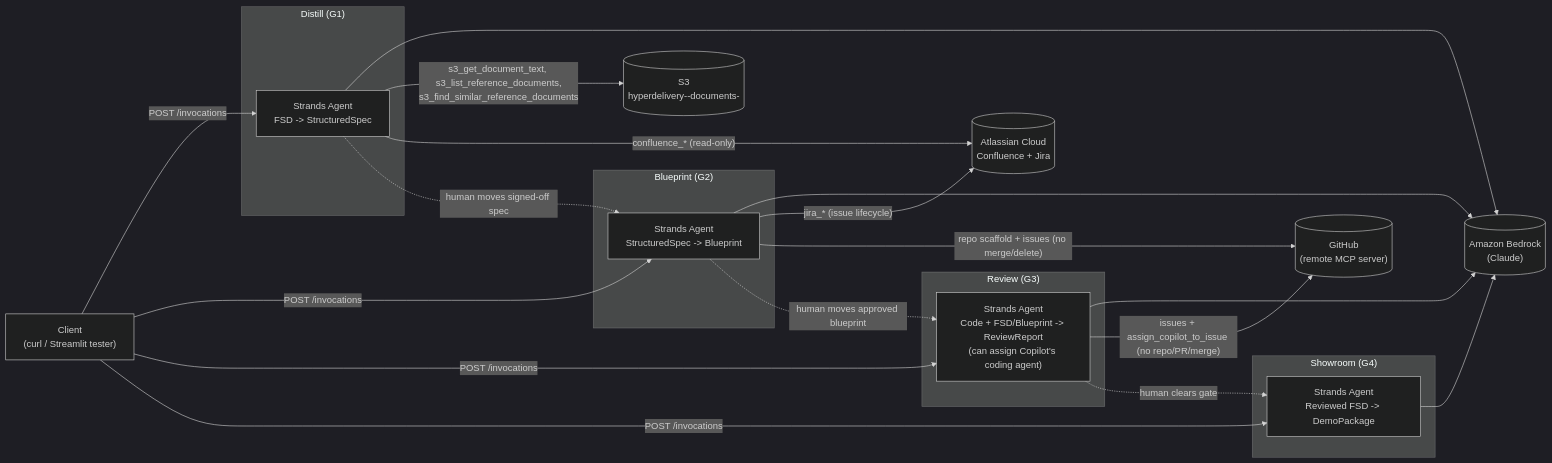
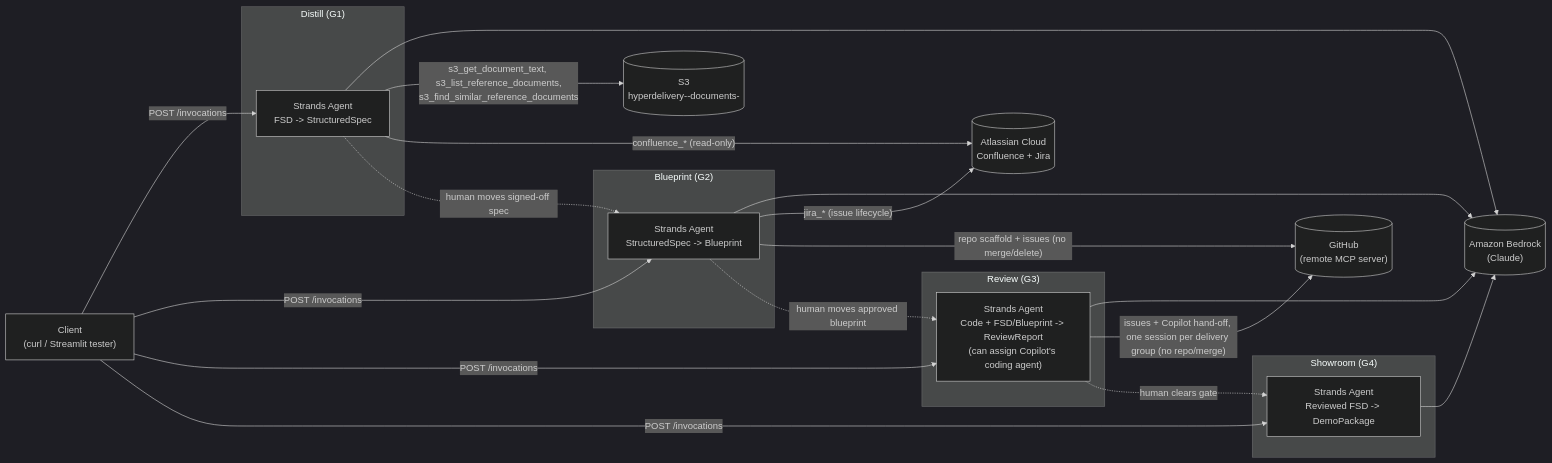
Before and after one commit to eitanflor/ua-hyperdelivery: the first of 3 diagrams in docs/architecture.md, drawn with Mermaid (dark theme). The commit also changed other lines of this file and 75 other files, not shown here.

First line of the commit message:
flow changes(plan, question card and artifact ux improvements)and Close the loop (#14)

````diff
--- a/docs/architecture.md
+++ b/docs/architecture.md
@@ -11,42 +11,42 @@
 ```mermaid
 flowchart LR
     client["Client\n(curl / Streamlit tester)"]
 
     subgraph G1["Distill (G1)"]
         distill["Strands Agent\nFSD -> StructuredSpec"]
     end
     subgraph G2["Blueprint (G2)"]
         blueprint["Strands Agent\nStructuredSpec -> Blueprint"]
     end
     subgraph G3["Review (G3)"]
         review["Strands Agent\nCode + FSD/Blueprint -> ReviewReport\n(can assign Copilot's coding agent)"]
     end
     subgraph G4["Showroom (G4)"]
         showroom["Strands Agent\nReviewed FSD -> DemoPackage"]
     end
 
     bedrock[("Amazon Bedrock\n(Claude)")]
     s3[("S3\nhyperdelivery-<env>-documents-<account>")]
     atlassian[("Atlassian Cloud\nConfluence + Jira")]
     github[("GitHub\n(remote MCP server)")]
 
     client -->|"POST /invocations"| distill
     client -->|"POST /invocations"| blueprint
     client -->|"POST /invocations"| review
     client -->|"POST /invocations"| showroom
 
     distill --> bedrock
     blueprint --> bedrock
     review --> bedrock
     showroom --> bedrock
 
     distill -->|"s3_get_document_text, s3_list_reference_documents,\ns3_find_similar_reference_documents"| s3
     distill -->|"confluence_* (read-only)"| atlassian
     blueprint -->|"jira_* (issue lifecycle)"| atlassian
     blueprint -->|"repo scaffold + issues (no merge/delete)"| github
-    review -->|"issues + assign_copilot_to_issue (no repo/PR/merge)"| github
+    review -->|"issues + Copilot hand-off, one session per delivery group (no repo/merge)"| github
 
     distill -.->|"human moves signed-off spec"| blueprint
     blueprint -.->|"human moves approved blueprint"| review
     review -.->|"human clears gate"| showroom
 ```
````
